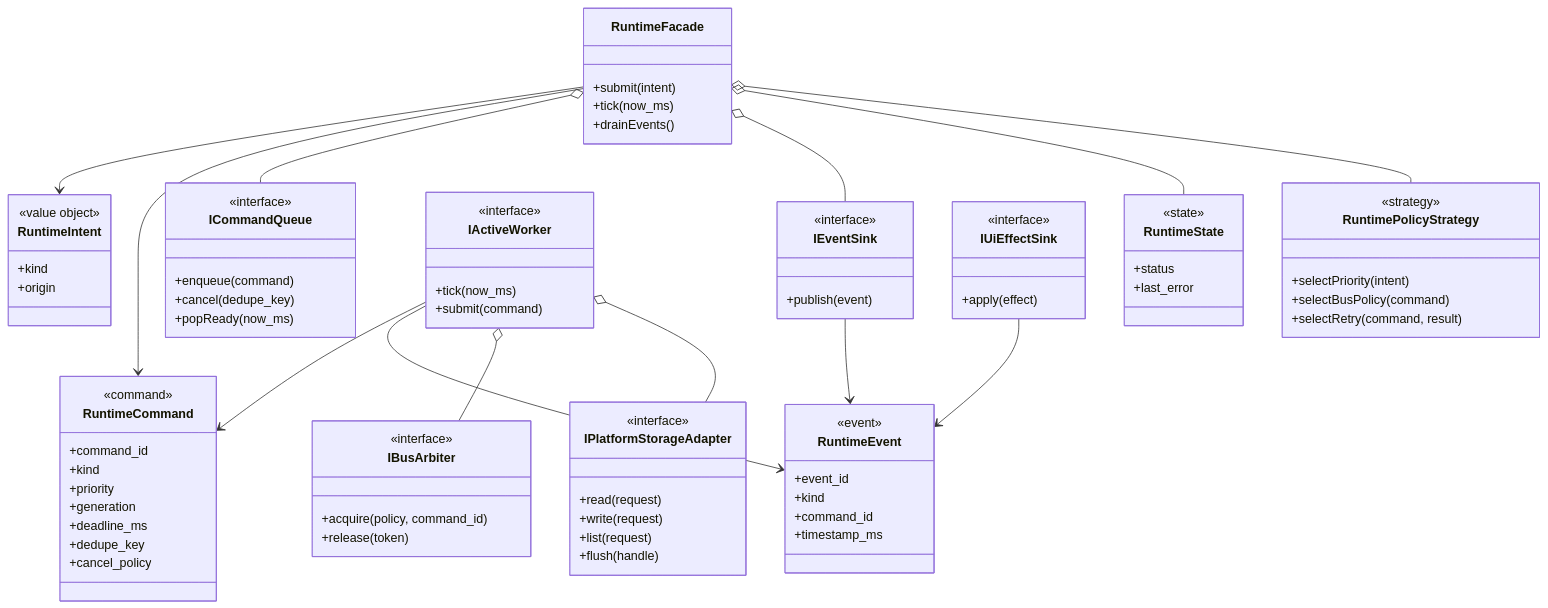
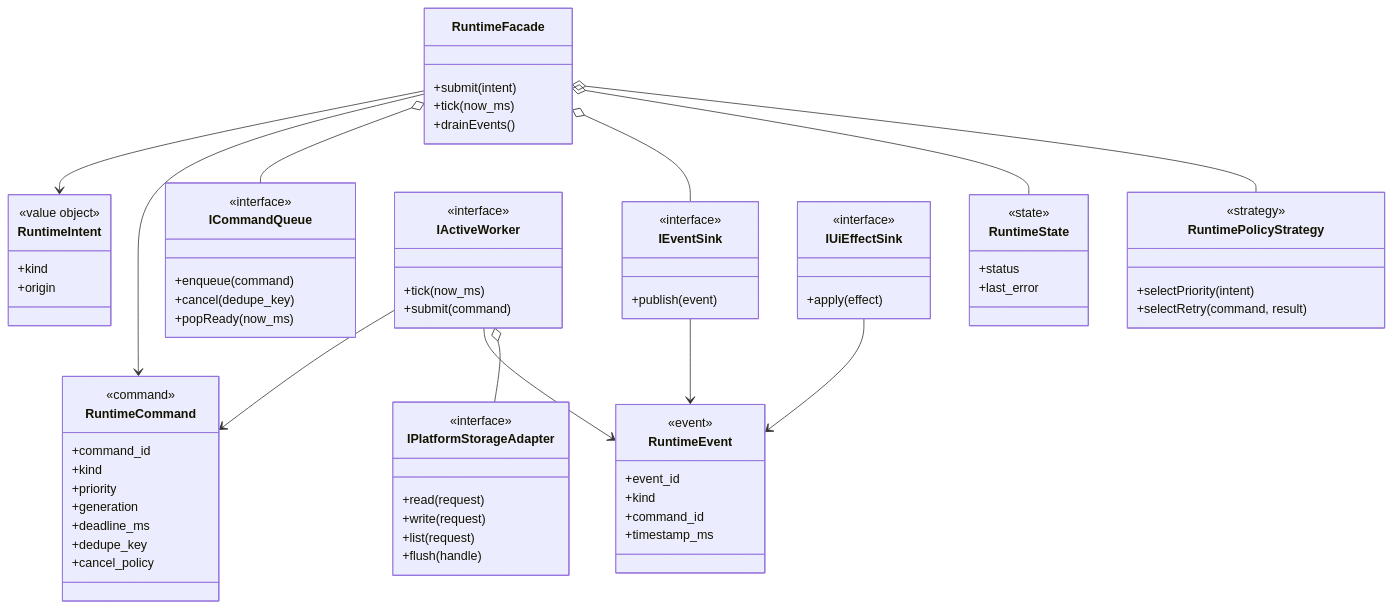
Before and after one commit to manmuqingshan/trail-mate: the first of 23 diagrams in docs/specification/UI_STORAGE_EVENT_RUNTIME_DESIGN_SPEC.md, drawn with Mermaid. The commit also changed other lines of this file and 95 other files, not shown here.

```diff
--- a/docs/specification/UI_STORAGE_EVENT_RUNTIME_DESIGN_SPEC.md
+++ b/docs/specification/UI_STORAGE_EVENT_RUNTIME_DESIGN_SPEC.md
@@ -309,12 +275,6 @@
     +publish(event)
   }
 
-  class IBusArbiter {
-    <<interface>>
-    +acquire(policy, command_id)
-    +release(token)
-  }
-
   class IPlatformStorageAdapter {
     <<interface>>
     +read(request)
@@ -331,7 +291,6 @@
   class RuntimePolicyStrategy {
     <<strategy>>
     +selectPriority(intent)
-    +selectBusPolicy(command)
     +selectRetry(command, result)
   }
 
@@ -343,7 +302,6 @@
   RuntimeFacade o-- RuntimePolicyStrategy
   IActiveWorker --> RuntimeCommand
   IActiveWorker --> RuntimeEvent
-  IActiveWorker o-- IBusArbiter
   IActiveWorker o-- IPlatformStorageAdapter
   IEventSink --> RuntimeEvent
   IUiEffectSink --> RuntimeEvent
```
